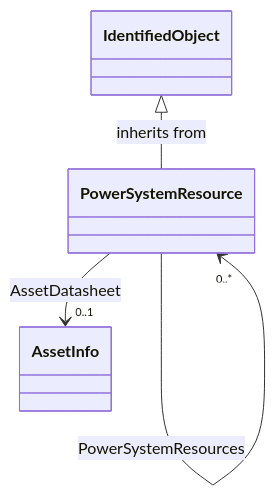
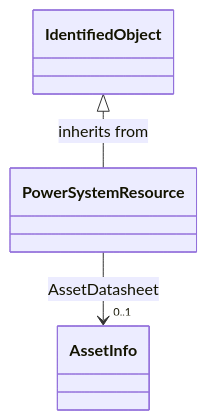
Diagram 13 of 14 in cimgraph/data_profile/cim18gmdm/asset/Asset.rdfs-t2b.md (PNNL-CIM-Tools/CIM-Graph), drawn with Mermaid before and after one commit. The commit also changed other lines of this file, not shown here.

````diff
--- a/cimgraph/data_profile/cim18gmdm/asset/Asset.rdfs-t2b.md
+++ b/cimgraph/data_profile/cim18gmdm/asset/Asset.rdfs-t2b.md
@@ -515,8 +500,7 @@
 ```mermaid
 classDiagram
 class PowerSystemResource{
 }
 IdentifiedObject <|-- PowerSystemResource : inherits from
 PowerSystemResource --> "0..1" AssetInfo : AssetDatasheet
-PowerSystemResource --> "0..*" PowerSystemResource : PowerSystemResources
 ```
````
